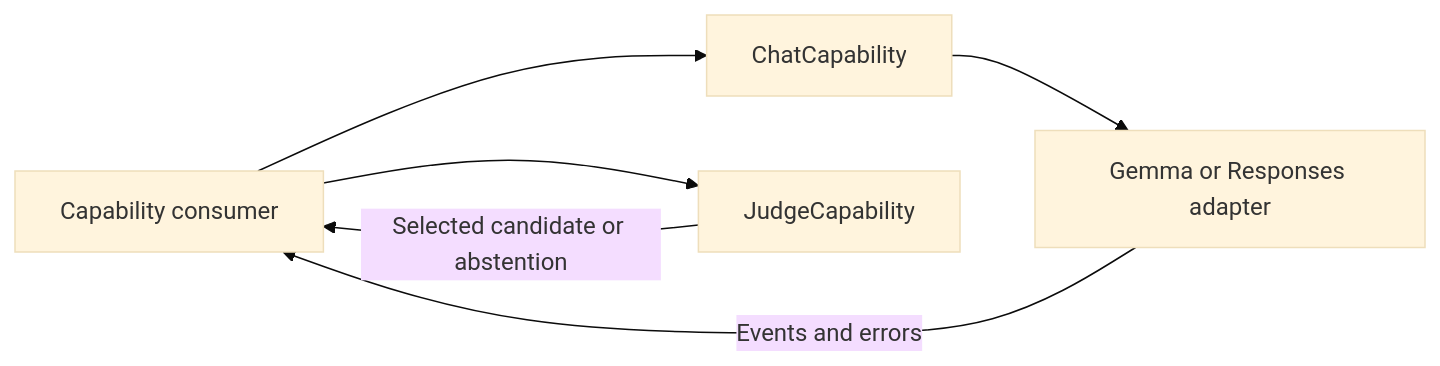
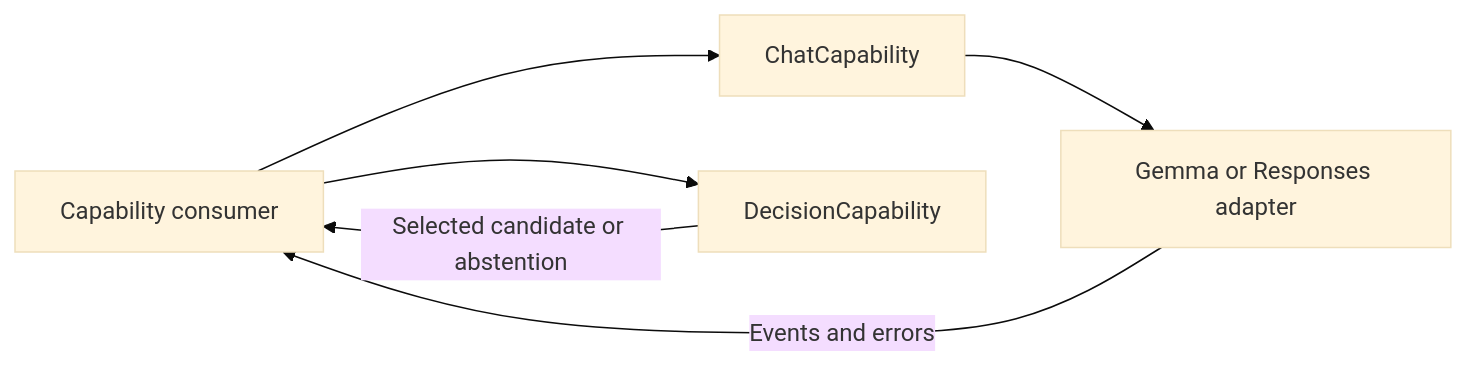
One commit to devilyouwei/MobileHarness changed the diagram in MobileHarness/ModelKit/Language/README.md. Above: the diagram before and after it, drawn with Mermaid (base theme). The commit also changed other lines of this file and 209 other files, not shown here.

````diff
--- a/MobileHarness/ModelKit/Language/README.md
+++ b/MobileHarness/ModelKit/Language/README.md
@@ -17,8 +17,8 @@
 ```mermaid
 flowchart LR
  Consumer[Capability consumer] --> Chat[ChatCapability]
- Consumer --> Judge[JudgeCapability]
+ Consumer --> Decision[DecisionCapability]
  Chat --> Adapters[Gemma or Responses adapter]
  Adapters -->|Events and errors| Consumer
- Judge -->|Selected candidate or abstention| Consumer
+ Decision -->|Selected candidate or abstention| Consumer
 ```
````
